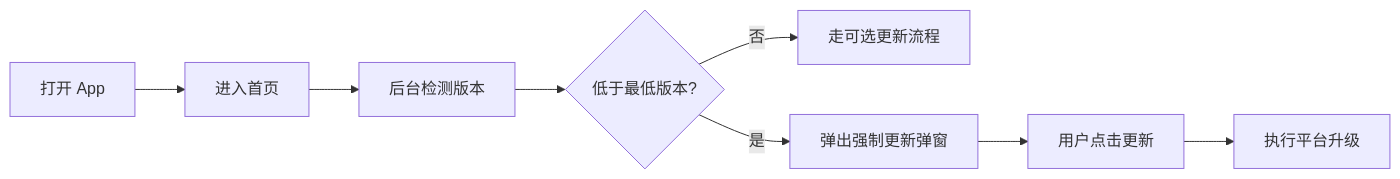
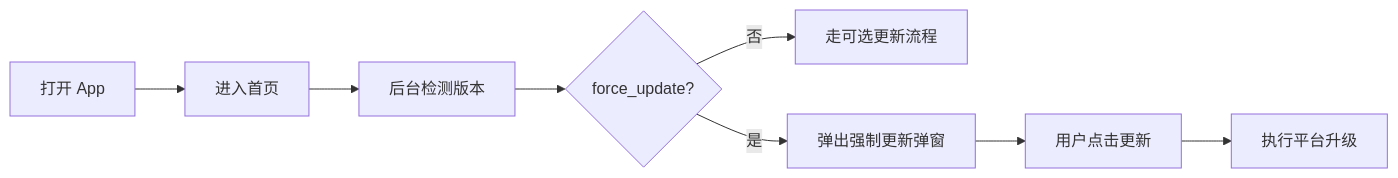
Before and after one commit to toly1994328/flash_im_by_ai: the second of 4 diagrams in docs/features/starter/v0.0.3/analysis.md, drawn with Mermaid. The commit also changed other lines of this file and 63 other files, not shown here.

````diff
--- a/docs/features/starter/v0.0.3/analysis.md
+++ b/docs/features/starter/v0.0.3/analysis.md
@@ -36,10 +36,10 @@
 ```mermaid
 flowchart LR
     A[打开 App] --> B[进入首页]
     B --> C[后台检测版本]
-    C --> D{低于最低版本?}
+    C --> D{force_update?}
     D -->|否| E[走可选更新流程]
     D -->|是| F[弹出强制更新弹窗]
     F --> G[用户点击更新]
     G --> H[执行平台升级]
 ```
````
